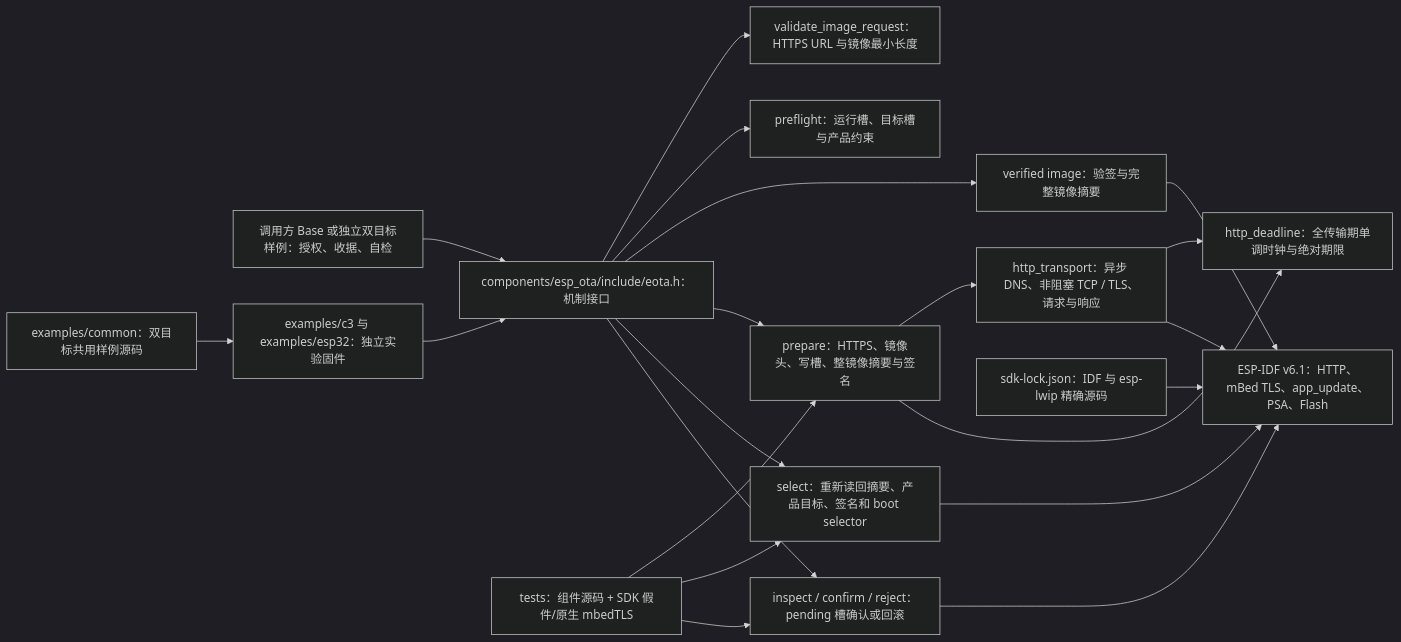
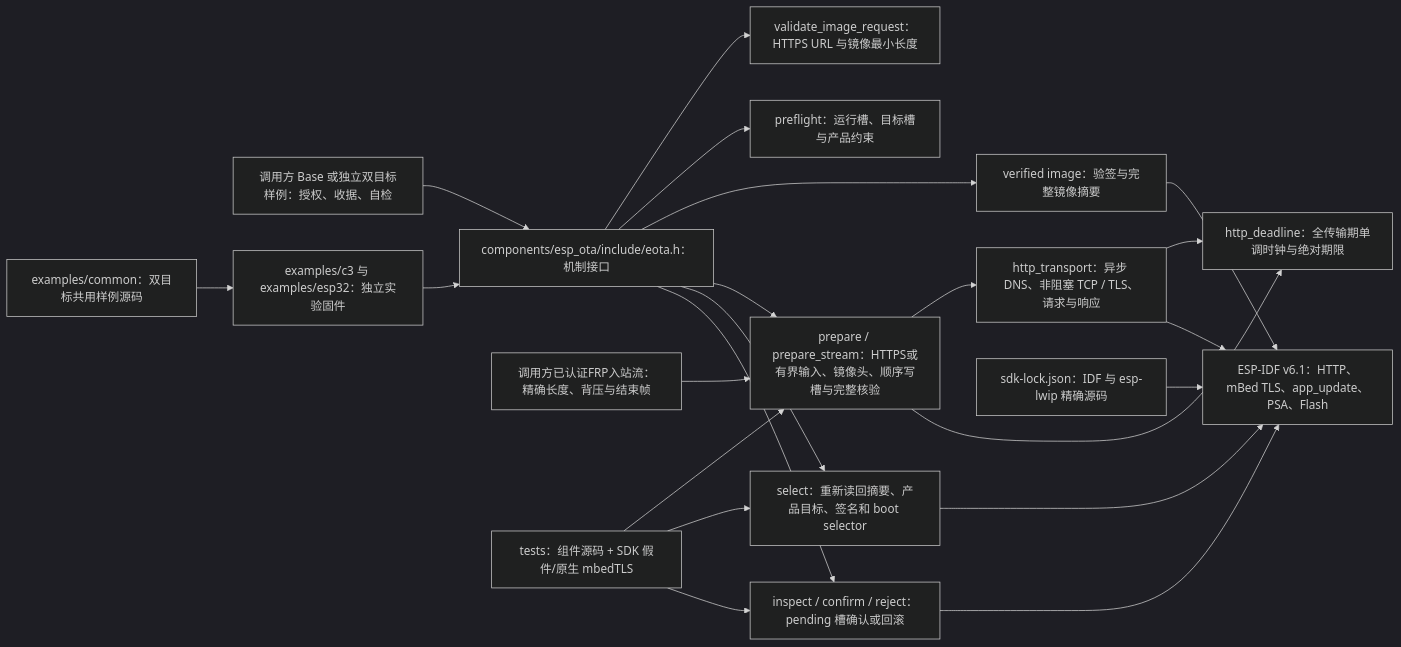
One commit to darren-you/esp-ota changed the diagram in README.md. Above: the diagram before and after it, drawn with Mermaid (dark theme). The commit also changed other lines of this file and 3 other files, not shown here.

````diff
--- a/README.md
+++ b/README.md
@@ -7,23 +7,24 @@
 ```mermaid
 flowchart LR
     app["调用方 Base 或独立双目标样例：授权、收据、自检"] --> api["components/esp_ota/include/eota.h：机制接口"]
     api --> request["validate_image_request：HTTPS URL 与镜像最小长度"]
     api --> preflight["preflight：运行槽、目标槽与产品约束"]
     api --> identity["verified image：验签与完整镜像摘要"]
-    api --> prepare["prepare：HTTPS、镜像头、写槽、整镜像摘要与签名"]
+    api --> prepare["prepare / prepare_stream：HTTPS或有界输入、镜像头、顺序写槽与完整核验"]
+    caller_stream["调用方已认证FRP入站流：精确长度、背压与结束帧"] --> prepare
     api --> select["select：重新读回摘要、产品目标、签名和 boot selector"]
     api --> confirm["inspect / confirm / reject：pending 槽确认或回滚"]
     prepare --> transport["http_transport：异步 DNS、非阻塞 TCP / TLS、请求与响应"]
     prepare --> deadline
     transport --> deadline["http_deadline：全传输期单调时钟与绝对期限"]
     transport --> sdk["ESP-IDF v6.1：HTTP、mBed TLS、app_update、PSA、Flash"]
     identity --> sdk
     select --> sdk
     confirm --> sdk
     lock["sdk-lock.json：IDF 与 esp-lwip 精确源码"] --> sdk
     host["tests：组件源码 + SDK 假件/原生 mbedTLS"] --> prepare
     host --> select
     host --> confirm
     shared["examples/common：双目标共用样例源码"] --> sample["examples/c3 与 examples/esp32：独立实验固件"]
     sample --> api
 ```
````
